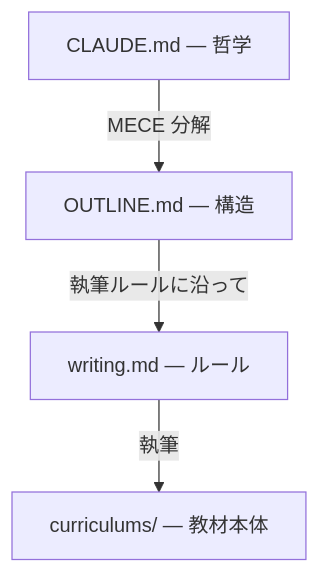
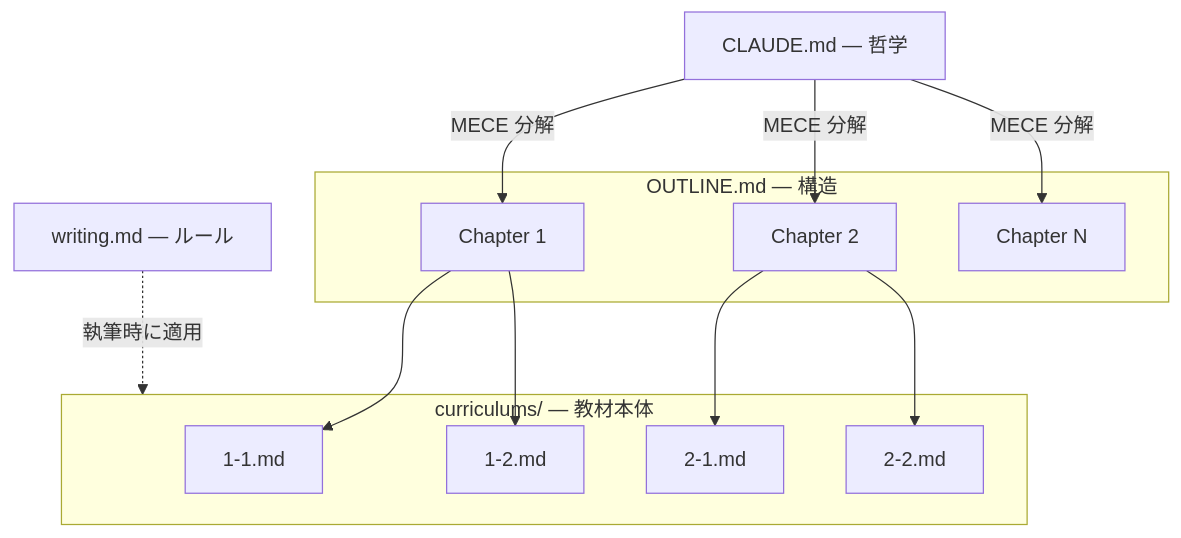
One commit to yotaro0616/curriculum-writer changed the first of 4 diagrams in README.md. Above: the diagram before and after it, drawn with Mermaid.

Commit message:
設計思想図をピラミッド構造に改訂
CLAUDE.md(1) → OUTLINE.md(複数Chapter) → curriculums/(多数ファイル)の
ピラミッド分解を表現。writing.mdは横から適用されるルールとして点線で接続。

````diff
--- a/README.md
+++ b/README.md
@@ -29,11 +29,23 @@
 ```mermaid
 flowchart TD
     A["CLAUDE.md — 哲学"]
-    B["OUTLINE.md — 構造"]
-    C["writing.md — ルール"]
-    D["curriculums/ — 教材本体"]
 
-    A -->|MECE 分解| B
-    B -->|執筆ルールに沿って| C
-    C -->|執筆| D
+    subgraph outline["OUTLINE.md — 構造"]
+        B1["Chapter 1"]
+        B2["Chapter 2"]
+        B3["Chapter N"]
+    end
+
+    subgraph curr["curriculums/ — 教材本体"]
+        C1["1-1.md"]
+        C2["1-2.md"]
+        C3["2-1.md"]
+        C4["2-2.md"]
+    end
+
+    A -->|MECE 分解| B1 & B2 & B3
+    B1 --> C1 & C2
+    B2 --> C3 & C4
+
+    W["writing.md — ルール"] -.->|執筆時に適用| curr
 ```
````
